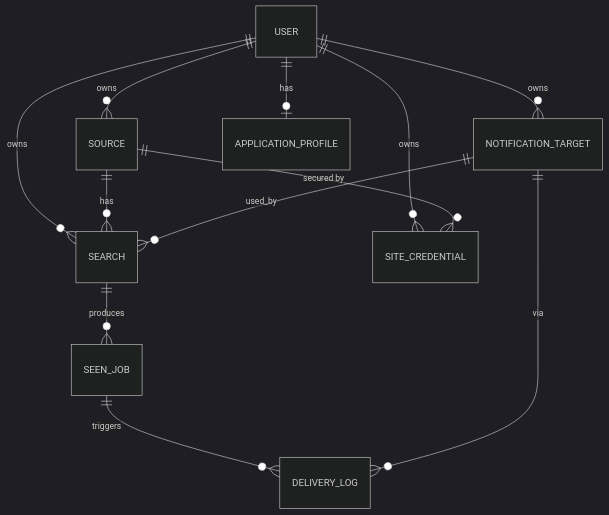
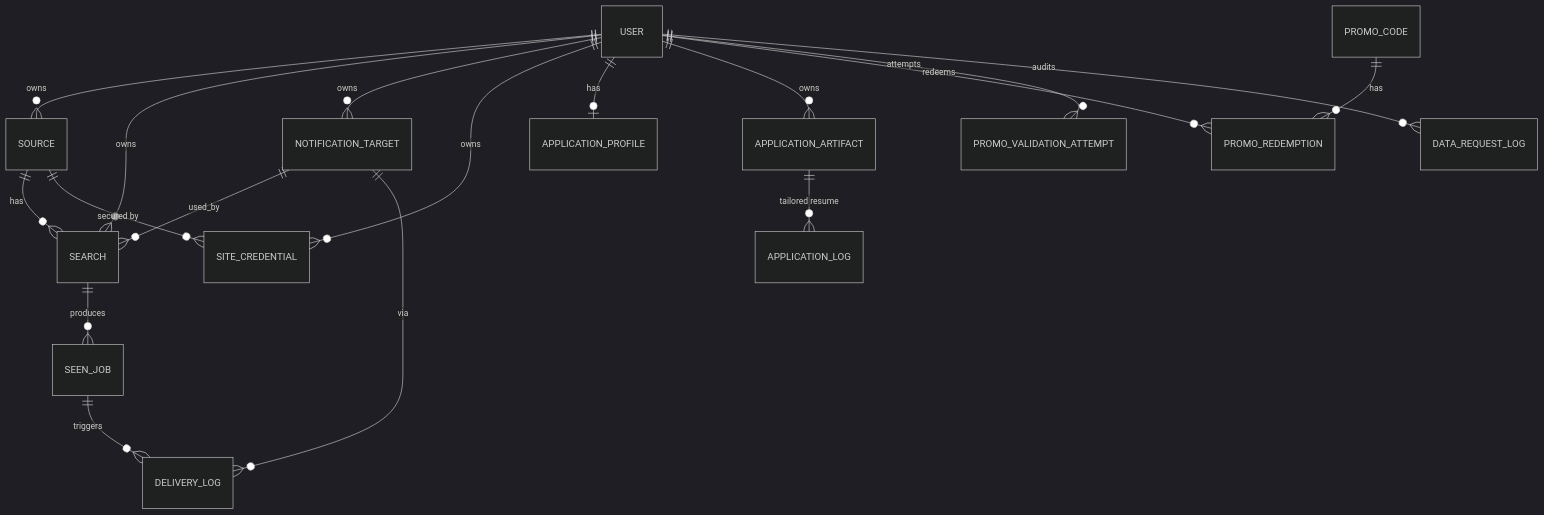
One commit to davidcristian/HeadStart changed the diagram in docs/modules/data-model.md. Above: the diagram before and after it, drawn with Mermaid (dark theme). The commit also changed other lines of this file and 3 other files, not shown here.

First line of the commit message:
docs(data-model): document artifact, promo, and GDPR tables

````diff
--- a/docs/modules/data-model.md
+++ b/docs/modules/data-model.md
@@ -9,14 +9,20 @@
 ```mermaid
 erDiagram
   USER ||--o{ SOURCE : owns
   USER ||--o{ SEARCH : owns
   USER ||--o{ NOTIFICATION_TARGET : owns
   USER ||--o{ SITE_CREDENTIAL : owns
   USER ||--o| APPLICATION_PROFILE : has
+  USER ||--o{ APPLICATION_ARTIFACT : owns
+  USER ||--o{ PROMO_REDEMPTION : redeems
+  USER ||--o{ PROMO_VALIDATION_ATTEMPT : attempts
+  USER ||--o{ DATA_REQUEST_LOG : audits
+  PROMO_CODE ||--o{ PROMO_REDEMPTION : has
   SOURCE ||--o{ SEARCH : has
   SOURCE ||--o{ SITE_CREDENTIAL : "secured by"
   NOTIFICATION_TARGET ||--o{ SEARCH : used_by
   SEARCH ||--o{ SEEN_JOB : produces
   SEEN_JOB ||--o{ DELIVERY_LOG : triggers
   NOTIFICATION_TARGET ||--o{ DELIVERY_LOG : via
+  APPLICATION_ARTIFACT ||--o{ APPLICATION_LOG : "tailored resume"
 ```
````
